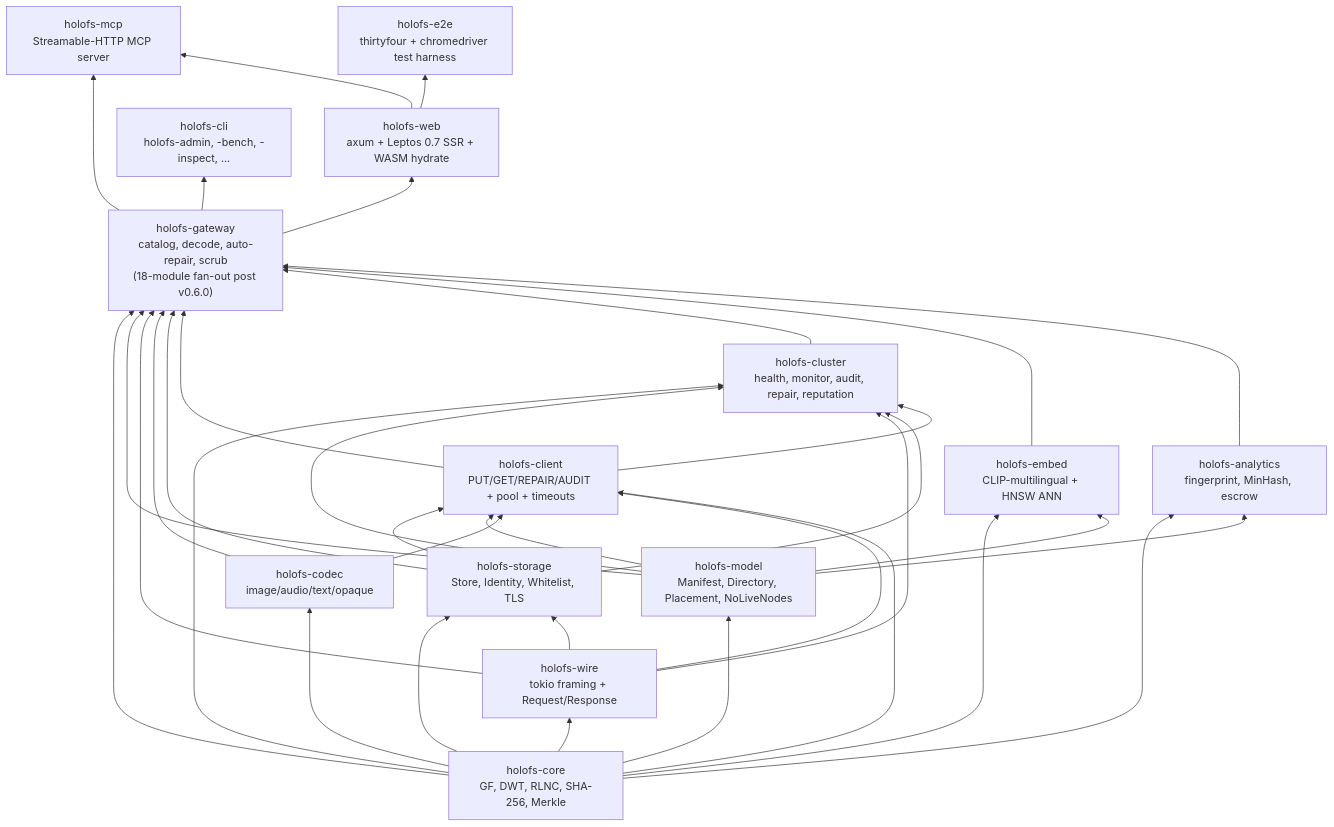
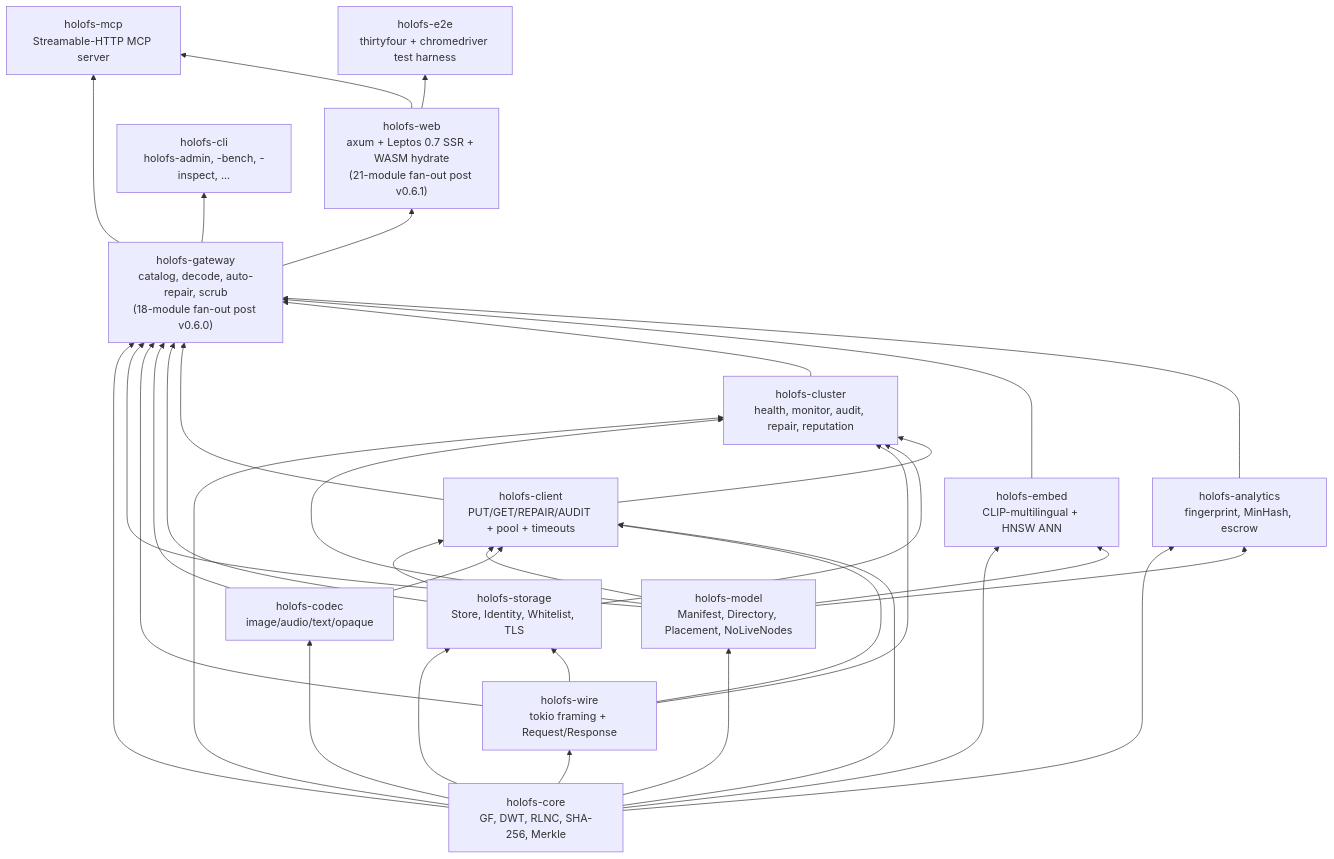
One commit to rmorenko/holofs changed the first of 5 diagrams in docs/architecture.md. Above: the diagram before and after it, drawn with Mermaid. The commit also changed other lines of this file and 2 other files, not shown here.

First line of the commit message:
docs: refresh module layout for R2 (holofs-web decomposition)

````diff
--- a/docs/architecture.md
+++ b/docs/architecture.md
@@ -23,51 +23,51 @@
 ```mermaid
 graph BT
     core["holofs-core<br/>GF, DWT, RLNC, SHA-256, Merkle"]
     wire["holofs-wire<br/>tokio framing + Request/Response"]
     model["holofs-model<br/>Manifest, Directory, Placement, NoLiveNodes"]
     codec["holofs-codec<br/>image/audio/text/opaque"]
     storage["holofs-storage<br/>Store, Identity, Whitelist, TLS"]
     client["holofs-client<br/>PUT/GET/REPAIR/AUDIT + pool + timeouts"]
     cluster["holofs-cluster<br/>health, monitor, audit, repair, reputation"]
     embed["holofs-embed<br/>CLIP-multilingual + HNSW ANN"]
     analytics["holofs-analytics<br/>fingerprint, MinHash, escrow"]
     gateway["holofs-gateway<br/>catalog, decode, auto-repair, scrub<br/>(18-module fan-out post v0.6.0)"]
     mcp["holofs-mcp<br/>Streamable-HTTP MCP server"]
-    web["holofs-web<br/>axum + Leptos 0.7 SSR + WASM hydrate"]
+    web["holofs-web<br/>axum + Leptos 0.7 SSR + WASM hydrate<br/>(21-module fan-out post v0.6.1)"]
     cli["holofs-cli<br/>holofs-admin, -bench, -inspect, ..."]
     e2e["holofs-e2e<br/>thirtyfour + chromedriver test harness"]
 
     core --> wire
     core --> model
     core --> codec
     core --> storage
     wire --> storage
     storage --> client
     model --> client
     codec --> client
     wire --> client
     core --> client
     core --> cluster
     model --> cluster
     wire --> cluster
     storage --> cluster
     client --> cluster
     core --> embed
     model --> embed
     core --> analytics
     model --> analytics
     core --> gateway
     model --> gateway
     wire --> gateway
     codec --> gateway
     storage --> gateway
     client --> gateway
     cluster --> gateway
     embed --> gateway
     analytics --> gateway
     gateway --> mcp
     gateway --> web
     web --> mcp
     gateway --> cli
     web --> e2e
 ```
````
